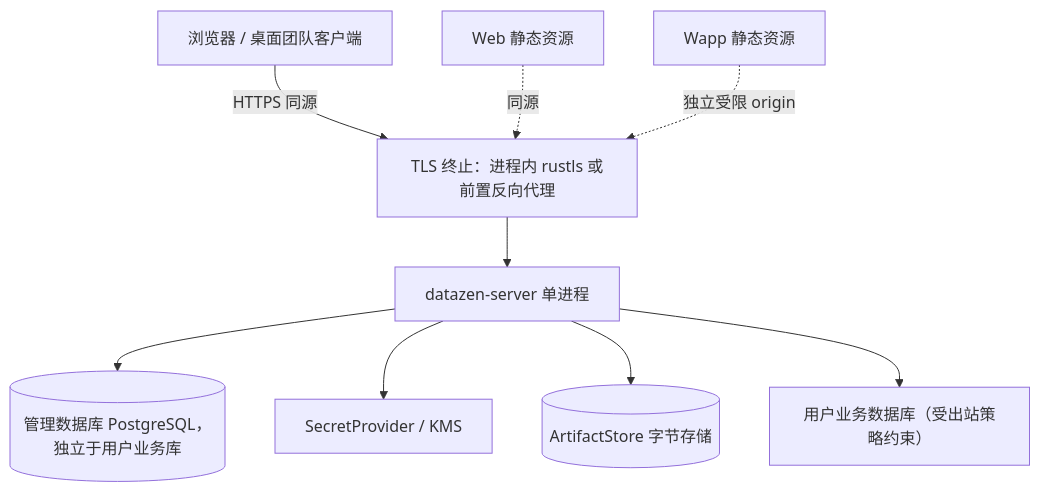
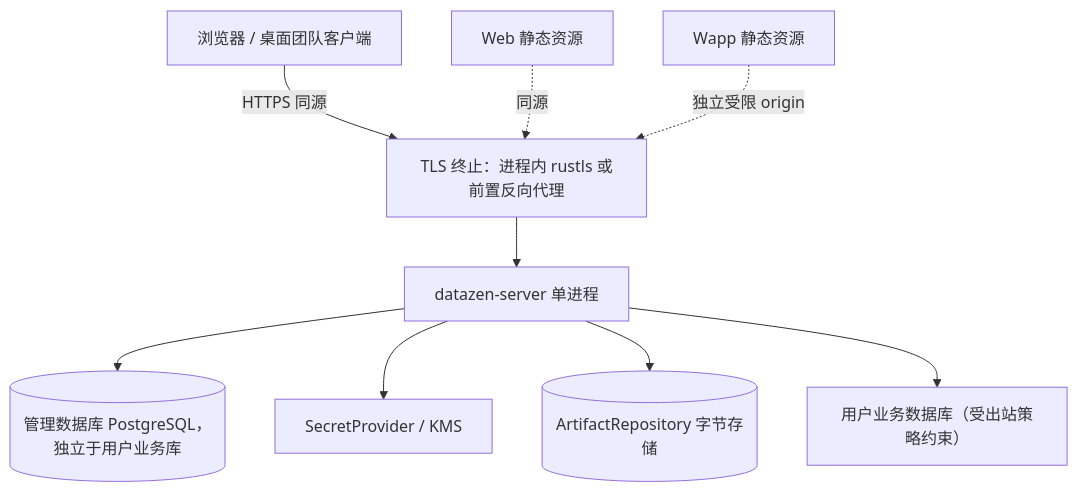
One commit to flyxl/datazen changed the sixth of 6 diagrams in docs/architecture/platform/team-server-and-auth.md. Above: the diagram before and after it, drawn with Mermaid. The commit also changed other lines of this file and 171 other files, not shown here.

````diff
--- a/docs/architecture/platform/team-server-and-auth.md
+++ b/docs/architecture/platform/team-server-and-auth.md
@@ -707,11 +707,11 @@
 ```mermaid
 flowchart TB
     B[浏览器 / 桌面团队客户端] -->|HTTPS 同源| P[TLS 终止：进程内 rustls 或前置反向代理]
     P --> S[datazen-server 单进程]
     S --> M[(管理数据库 PostgreSQL，独立于用户业务库)]
     S --> K[SecretProvider / KMS]
-    S --> A[(ArtifactStore 字节存储)]
+    S --> A[(ArtifactRepository 字节存储)]
     S --> W[用户业务数据库（受出站策略约束）]
     X[Web 静态资源] -.同源.-> P
     Y[Wapp 静态资源] -.独立受限 origin.-> P
 ```
````
